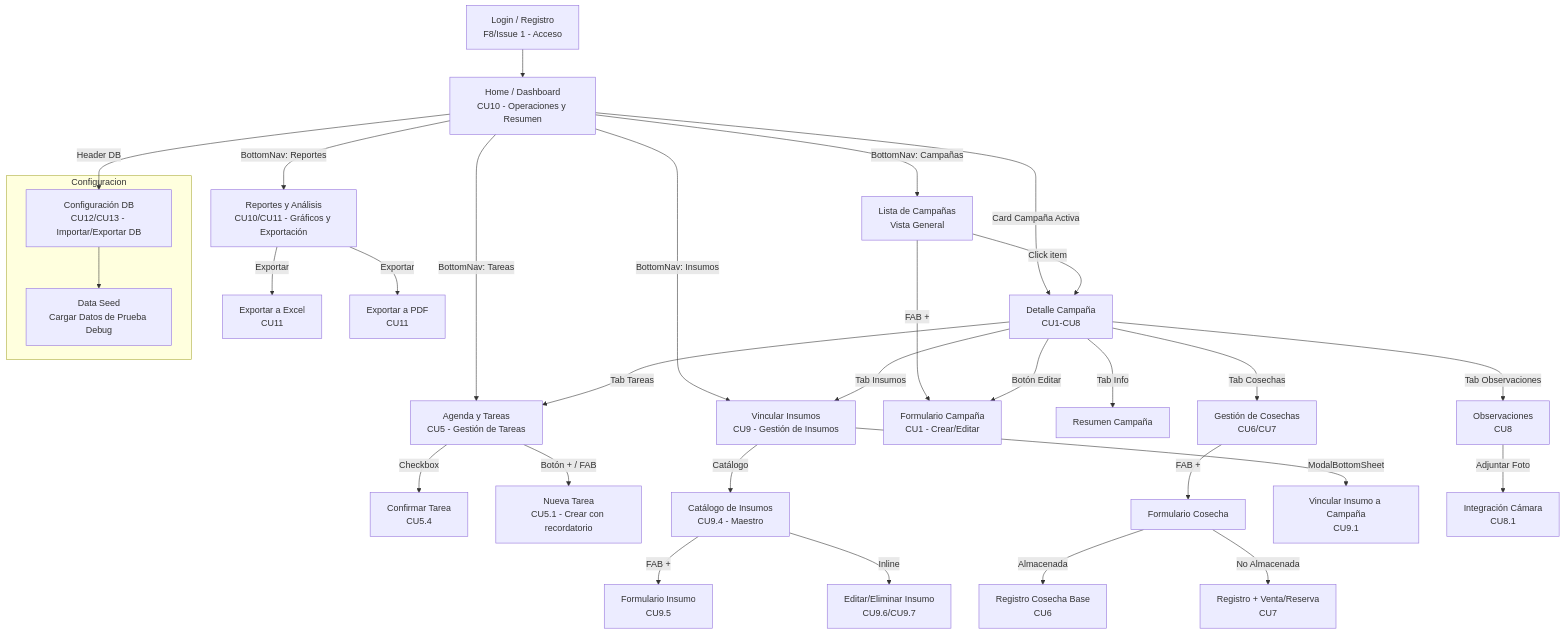
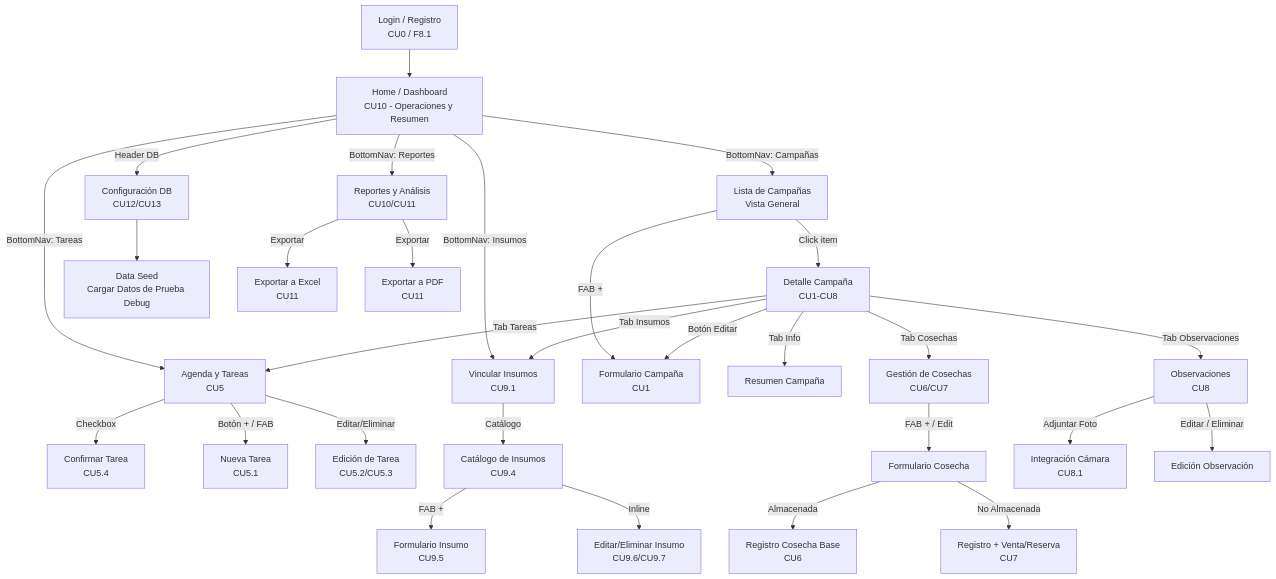
One commit to MartinJunges01/Sistema-de-Gestion-Agronomo-Don-Elio changed the first of 14 diagrams in docs/FLOW.md. Above: the diagram before and after it, drawn with Mermaid. The commit also changed other lines of this file and 17 other files, not shown here.

````diff
--- a/docs/FLOW.md
+++ b/docs/FLOW.md
@@ -3,46 +3,41 @@
 ```mermaid
 graph TD
-    Login[Login / Registro<br/>F8/Issue 1 - Acceso] --> Home[Home / Dashboard<br/>CU10 - Operaciones y Resumen]
+    Login[Login / Registro<br/>CU0 / F8.1] --> Home[Home / Dashboard<br/>CU10 - Operaciones y Resumen]
 
     Home -->|BottomNav: Campañas| Campanias[Lista de Campañas<br/>Vista General]
-    Home -->|BottomNav: Tareas| Tareas[Agenda y Tareas<br/>CU5 - Gestión de Tareas]
-    Home -->|BottomNav: Insumos| Insumos[Vincular Insumos<br/>CU9 - Gestión de Insumos]
-    Home -->|BottomNav: Reportes| Reportes[Reportes y Análisis<br/>CU10/CU11 - Gráficos y Exportación]
-    Home -->|Card Campaña Activa| DetalleCampania
+    Home -->|BottomNav: Tareas| Tareas[Agenda y Tareas<br/>CU5]
+    Home -->|BottomNav: Insumos| Insumos[Vincular Insumos<br/>CU9.1]
+    Home -->|BottomNav: Reportes| Reportes[Reportes y Análisis<br/>CU10/CU11]
+    Home -->|Header DB| ConfigDB[Configuración DB<br/>CU12/CU13]
 
-    Campanias -->|FAB +| FormCampania[Formulario Campaña<br/>CU1 - Crear/Editar]
-    Campanias -->|Click item| DetalleCampania
+    Campanias -->|FAB +| FormCampania[Formulario Campaña<br/>CU1]
+    Campanias -->|Click item| DetalleCampania[Detalle Campaña<br/>CU1-CU8]
 
-    DetalleCampania[Detalle Campaña<br/>CU1-CU8] -->|Tab Info| InfoCampania[Resumen Campaña]
+    DetalleCampania -->|Tab Info| InfoCampania[Resumen Campaña]
     DetalleCampania -->|Tab Tareas| Tareas
     DetalleCampania -->|Tab Insumos| Insumos
     DetalleCampania -->|Tab Cosechas| Cosechas[Gestión de Cosechas<br/>CU6/CU7]
     DetalleCampania -->|Tab Observaciones| Observaciones[Observaciones<br/>CU8]
     DetalleCampania -->|Botón Editar| FormCampania
 
     Tareas -->|Checkbox| ConfTarea[Confirmar Tarea<br/>CU5.4]
-    Tareas -->|Botón + / FAB| NvaTarea[Nueva Tarea<br/>CU5.1 - Crear con recordatorio]
+    Tareas -->|Botón + / FAB| NvaTarea[Nueva Tarea<br/>CU5.1]
+    Tareas -->|Editar/Eliminar| EditTarea[Edición de Tarea<br/>CU5.2/CU5.3]
 
-    Cosechas -->|FAB +| FormCosecha[Formulario Cosecha]
+    Cosechas -->|FAB + / Edit| FormCosecha[Formulario Cosecha]
     FormCosecha -->|Almacenada| DB_Almacen[Registro Cosecha Base<br/>CU6]
     FormCosecha -->|No Almacenada| DB_Venta[Registro + Venta/Reserva<br/>CU7]
 
-    Insumos -->|Catálogo| Catalogo[Catálogo de Insumos<br/>CU9.4 - Maestro]
-    Insumos -->|ModalBottomSheet| Vincular[Vincular Insumo a Campaña<br/>CU9.1]
+    Insumos -->|Catálogo| Catalogo[Catálogo de Insumos<br/>CU9.4]
     
     Catalogo -->|FAB +| FormInsumo[Formulario Insumo<br/>CU9.5]
     Catalogo -->|Inline| EditDelInsumo[Editar/Eliminar Insumo<br/>CU9.6/CU9.7]
 
     Observaciones -->|Adjuntar Foto| Camara[Integración Cámara<br/>CU8.1]
+    Observaciones -->|Editar / Eliminar| ABMObservacion[Edición Observación]
+
+    ConfigDB --> DataSeed[Data Seed<br/>Cargar Datos de Prueba Debug]
 
     Reportes -->|Exportar| ExportarExcel[Exportar a Excel<br/>CU11]
     Reportes -->|Exportar| ExportarPDF[Exportar a PDF<br/>CU11]
-
-    subgraph Configuracion
-        ConfigDB[Configuración DB<br/>CU12/CU13 - Importar/Exportar DB]
-        DataSeed[Data Seed<br/>Cargar Datos de Prueba Debug]
-    end
-
-    Home -->|Header DB| ConfigDB
-    ConfigDB --> DataSeed
 ```
````
